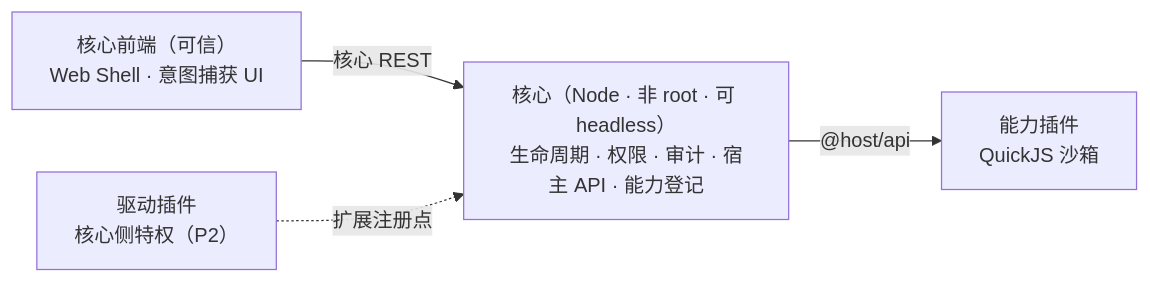
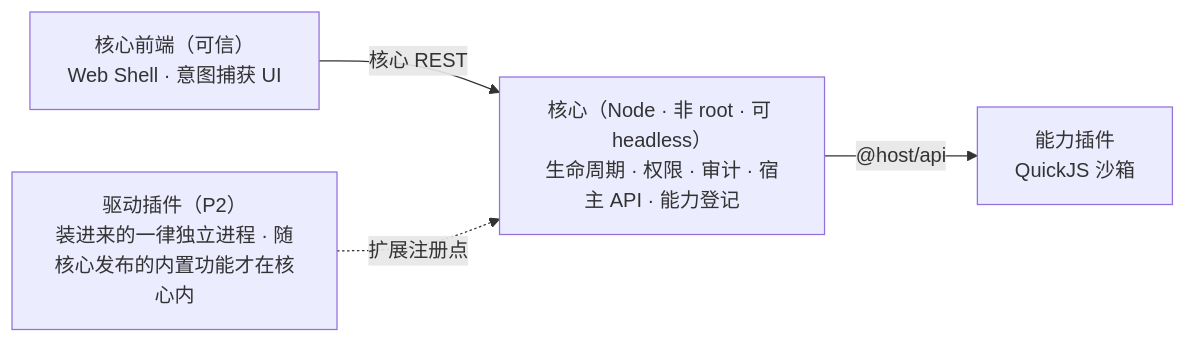
One commit to xfyweb/ServerPluginCore changed the diagram in README.md. Above: the diagram before and after it, drawn with Mermaid. The commit also changed other lines of this file and 3 other files, not shown here.

````diff
--- a/README.md
+++ b/README.md
@@ -107,11 +109,11 @@
 ```mermaid
 flowchart LR
   UI["核心前端（可信）<br/>Web Shell · 意图捕获 UI"]
   K["核心（Node · 非 root · 可 headless）<br/>生命周期 · 权限 · 审计 · 宿主 API · 能力登记"]
   A["能力插件<br/>QuickJS 沙箱"]
-  D["驱动插件<br/>核心侧特权（P2）"]
+  D["驱动插件（P2）<br/>装进来的一律独立进程 · 随核心发布的内置功能才在核心内"]
 
   UI -->|核心 REST| K
   K -->|"@host/api"| A
   D -.->|扩展注册点| K
 ```
````
